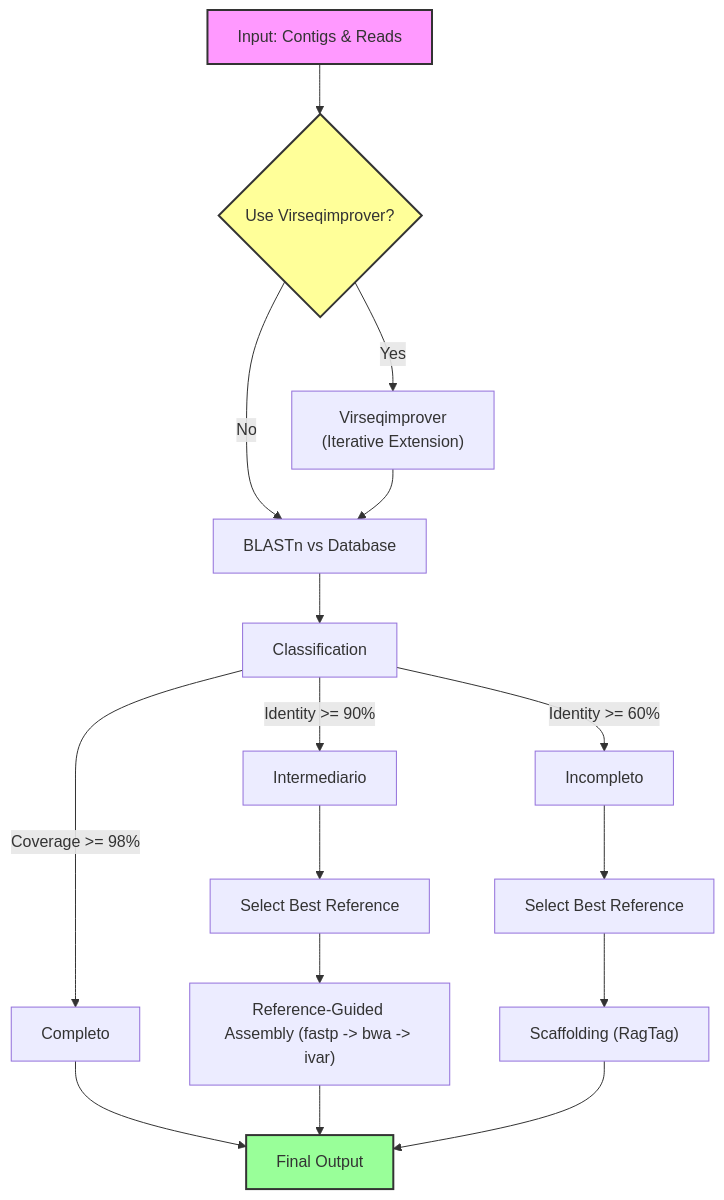
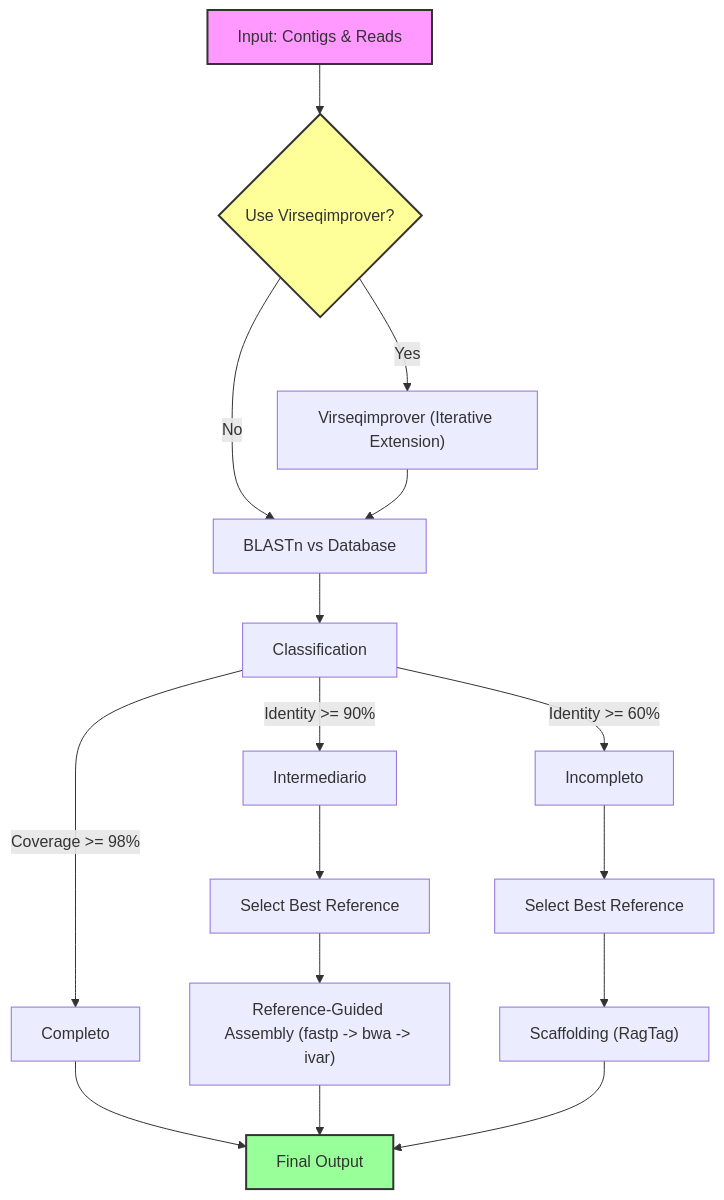
One commit to WallauBioinfo/virasca changed the diagram in README.md. Above: the diagram before and after it, drawn with Mermaid.

````diff
--- a/README.md
+++ b/README.md
@@ -80,26 +80,26 @@
 ```mermaid
 graph TD
-    Start["Input: Contigs & Reads"] --> Decision{"Use Virseqimprover?"}
-    Decision -- Yes --> Virseq["Virseqimprover\n(Iterative Extension)"]
+    Start["Input: Contigs  & Reads"] --> Decision{"Use Virseqimprover?"}
+    Decision -- Yes --> Virseq["Virseqimprover (Iterative Extension)"]
     Decision -- No --> Blast["BLASTn vs Database"]
     Virseq --> Blast
     Blast --> Classify["Classification"]
     
     Classify -->|Coverage >= 98%| Comp["Completo"]
     Classify -->|Identity >= 90%| Inter["Intermediario"]
     Classify -->|Identity >= 60%| Inc["Incompleto"]
     
     Comp --> Output["Final Output"]
     
     Inter --> RefSel1["Select Best Reference"]
     RefSel1 --> Assembly["Reference-Guided Assembly (fastp -> bwa -> ivar)"]
     Assembly --> Output
     
     Inc --> RefSel2["Select Best Reference"]
     RefSel2 --> RagTag["Scaffolding (RagTag)"]
     RagTag --> Output
     
     style Start fill:#f9f,stroke:#333,stroke-width:2px
     style Output fill:#9f9,stroke:#333,stroke-width:2px
     style Decision fill:#ff9,stroke:#333,stroke-width:2px
 ```
````
